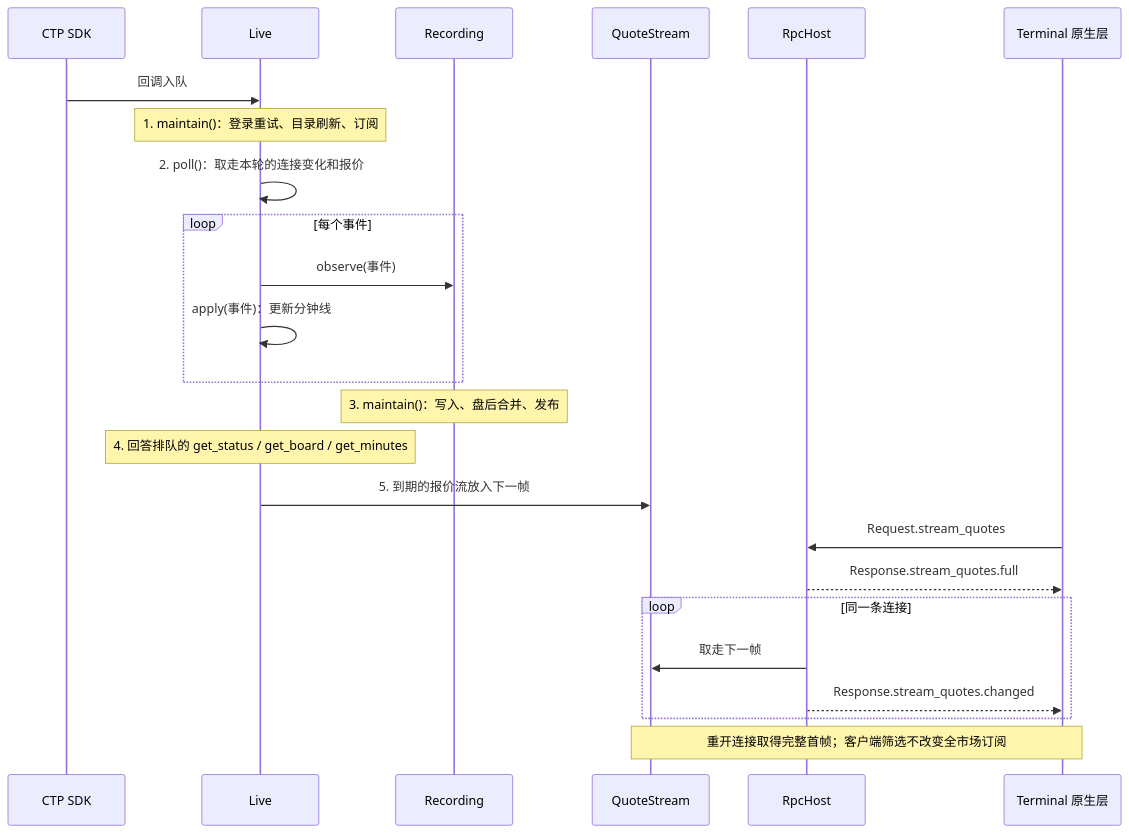
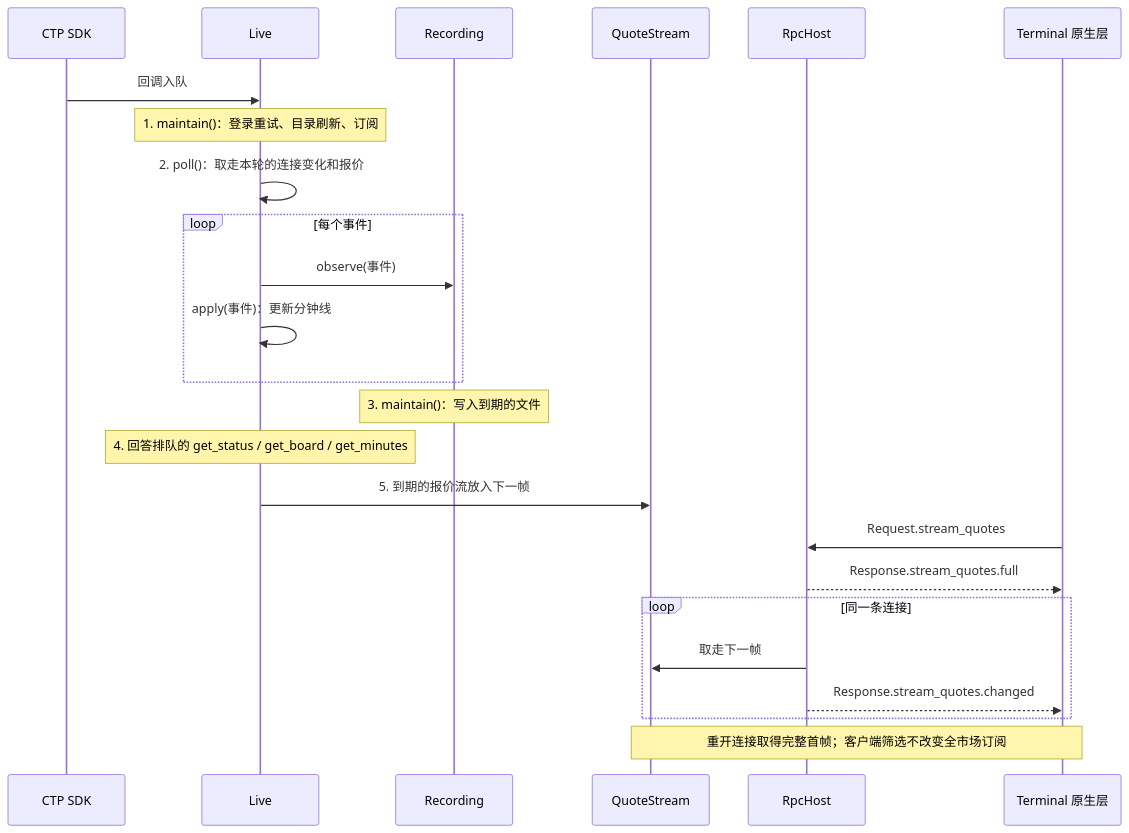
The fourth of 5 diagrams in docs/market/architecture.md (isqiwen/asterion-terminal), drawn with Mermaid before and after one commit. The commit also changed other lines of this file and 27 other files, not shown here.

````diff
--- a/docs/market/architecture.md
+++ b/docs/market/architecture.md
@@ -146,26 +148,26 @@
 ```mermaid
 sequenceDiagram
     participant SDK as CTP SDK
     participant Live
     participant Recording
     participant Stream as QuoteStream
     participant RPC as RpcHost
     participant Client as Terminal 原生层
     SDK->>Live: 回调入队
     Note over Live: 1. maintain()：登录重试、目录刷新、订阅
     Live->>Live: 2. poll()：取走本轮的连接变化和报价
     loop 每个事件
         Live->>Recording: observe(事件)
         Live->>Live: apply(事件)：更新分钟线
     end
-    Note over Recording: 3. maintain()：写入、盘后合并、发布
+    Note over Recording: 3. maintain()：写入到期的文件
     Note over Live: 4. 回答排队的 get_status / get_board / get_minutes
     Live->>Stream: 5. 到期的报价流放入下一帧
     Client->>RPC: Request.stream_quotes
     RPC-->>Client: Response.stream_quotes.full
     loop 同一条连接
         RPC->>Stream: 取走下一帧
         RPC-->>Client: Response.stream_quotes.changed
     end
     Note over Client,Stream: 重开连接取得完整首帧；客户端筛选不改变全市场订阅
 ```
````
